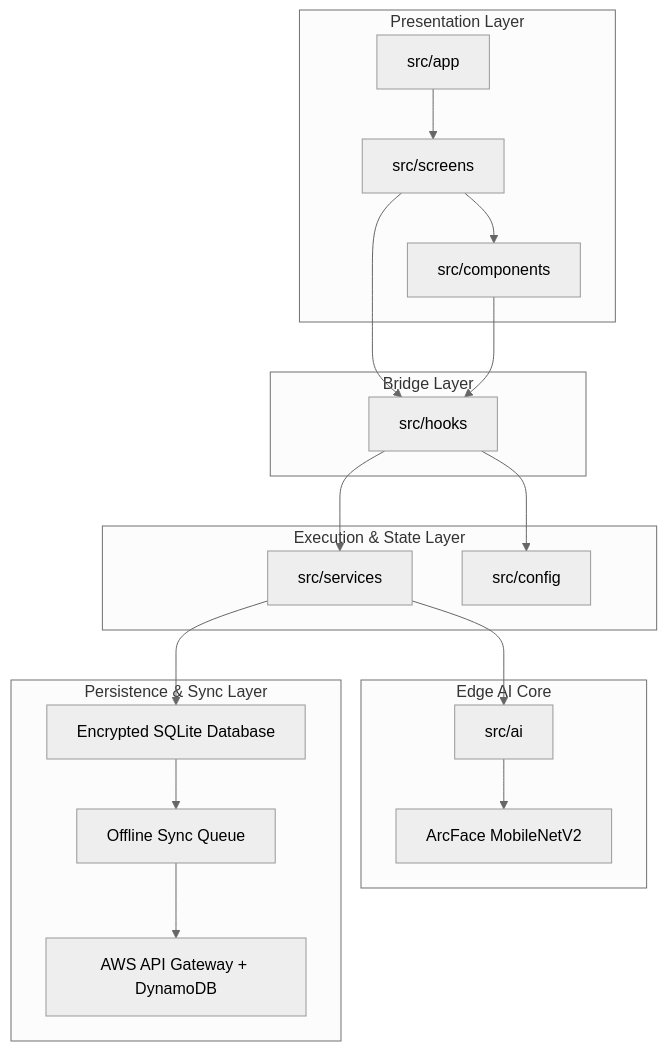
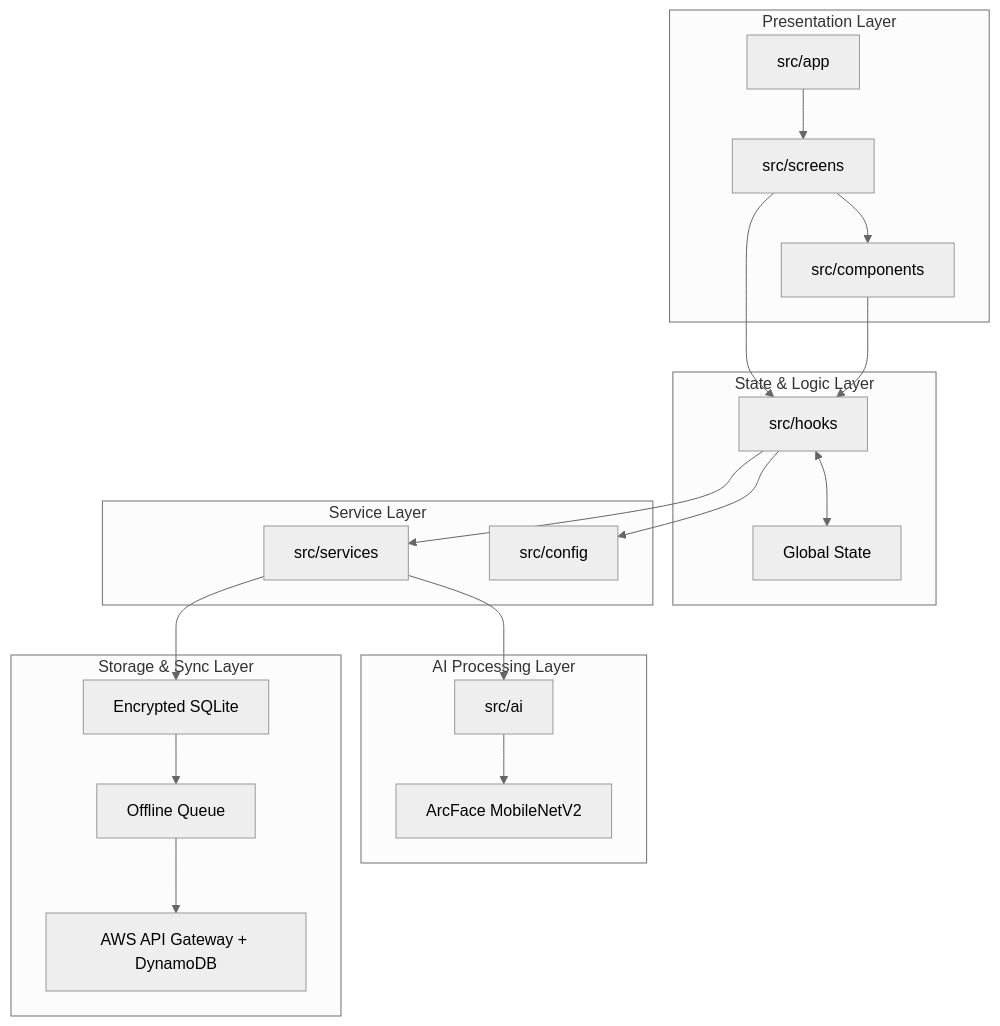
Before and after one commit to anjali9in/Netraksh-AI: the first of 3 diagrams in docs/ARCHITECTURE.md, drawn with Mermaid (neutral theme). The commit also changed other lines of this file and 3 other files, not shown here.

````diff
--- a/docs/ARCHITECTURE.md
+++ b/docs/ARCHITECTURE.md
@@ -7,44 +11,46 @@
 ```mermaid
 flowchart TD
     subgraph "Presentation Layer"
         App["src/app"]
         Screens["src/screens"]
         Components["src/components"]
 
         App --> Screens
         Screens --> Components
     end
 
-    subgraph "Bridge Layer"
+    subgraph "State & Logic Layer"
         Hooks["src/hooks"]
+        Store["Global State"]
 
         Screens --> Hooks
         Components --> Hooks
+        Hooks <--> Store
     end
 
-    subgraph "Execution & State Layer"
+    subgraph "Service Layer"
         Services["src/services"]
         Config["src/config"]
 
         Hooks --> Services
         Hooks --> Config
     end
 
-    subgraph "Edge AI Core"
-        AI_Module["src/ai"]
-        ArcFace["ArcFace MobileNetV2"]
+    subgraph "AI Processing Layer"
+        AI["src/ai"]
+        Model["ArcFace MobileNetV2"]
 
-        Services --> AI_Module
-        AI_Module --> ArcFace
+        Services --> AI
+        AI --> Model
     end
 
-    subgraph "Persistence & Sync Layer"
-        DB["Encrypted SQLite Database"]
-        SyncQueue["Offline Sync Queue"]
+    subgraph "Storage & Sync Layer"
+        DB["Encrypted SQLite"]
+        Queue["Offline Queue"]
         Cloud["AWS API Gateway + DynamoDB"]
 
         Services --> DB
-        DB --> SyncQueue
-        SyncQueue --> Cloud
+        DB --> Queue
+        Queue --> Cloud
     end
 ```
````
